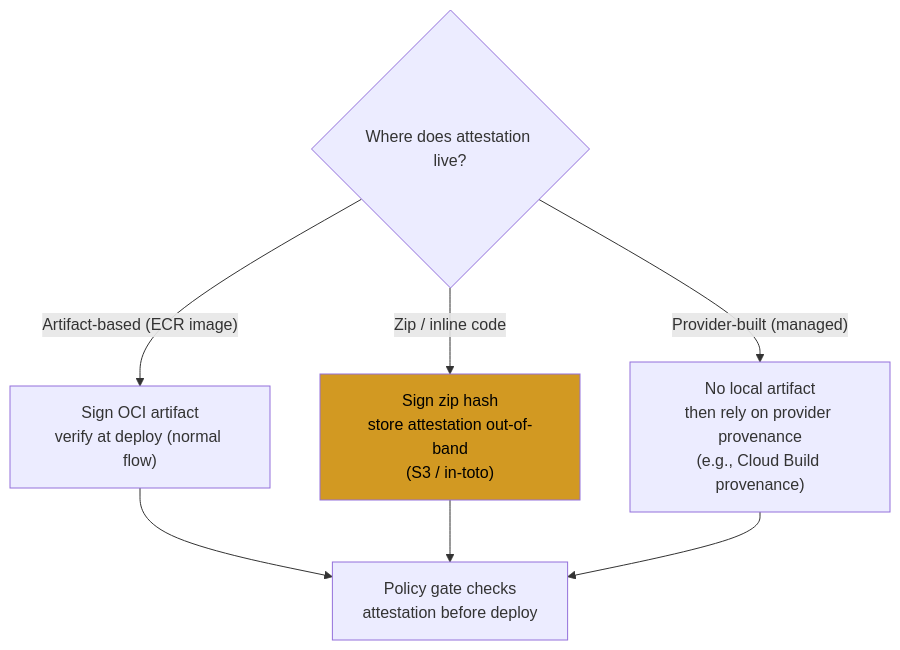
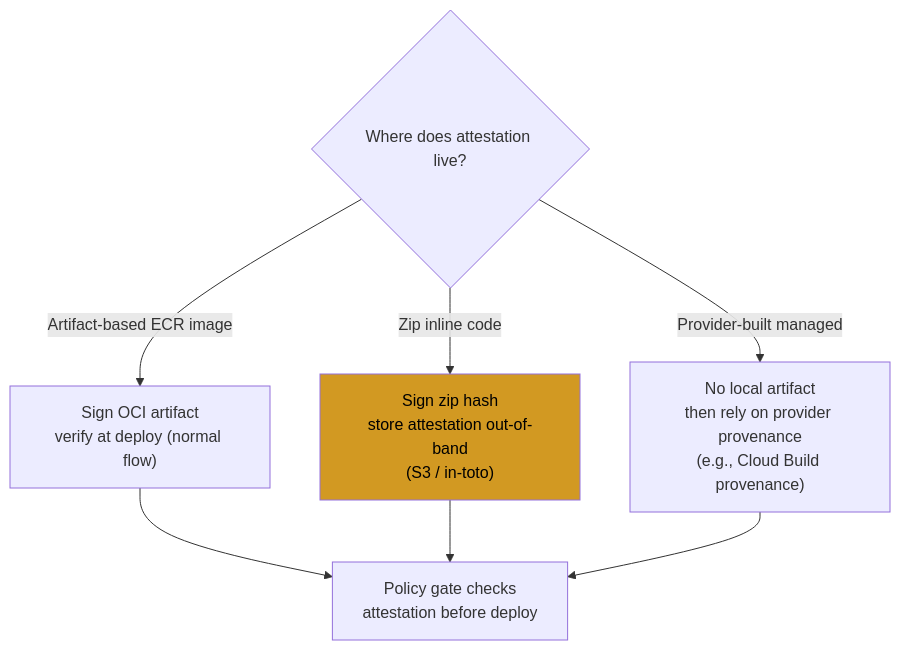
One commit to bumbsclaw/textbooks changed the seventh of 7 diagrams in book-06-cloud-native/ch09-serverless-managed.md. Above: the diagram before and after it, drawn with Mermaid. The commit also changed other lines of this file and 173 other files, not shown here.

First line of the commit message:
fix(mermaid): close note brackets, semicolons in Notes, stateDiagram br -> dash, edge parens

````diff
--- a/book-06-cloud-native/ch09-serverless-managed.md
+++ b/book-06-cloud-native/ch09-serverless-managed.md
@@ -549,11 +549,11 @@
 ```mermaid
 flowchart TD
   Q{"Where does attestation live?"}
-  Q -->|"Artifact-based (ECR image)"| A1["Sign OCI artifact<br/>verify at deploy (normal flow)"]
-  Q -->|"Zip / inline code"| A2["Sign zip hash<br/>store attestation out-of-band<br/>(S3 / in-toto)"]
-  Q -->|"Provider-built (managed)"| A3["No local artifact<br/>then rely on provider provenance<br/>(e.g., Cloud Build provenance)"]
+  Q -->|"Artifact-based ECR image "| A1["Sign OCI artifact<br/>verify at deploy (normal flow)"]
+  Q -->|"Zip inline code"| A2["Sign zip hash<br/>store attestation out-of-band<br/>(S3 / in-toto)"]
+  Q -->|"Provider-built managed "| A3["No local artifact<br/>then rely on provider provenance<br/>(e.g., Cloud Build provenance)"]
   A1 --> R["Policy gate checks<br/>attestation before deploy"]
   A2 --> R
   A3 --> R
   style A2 fill:#d29922,color:#000
 ```
````
